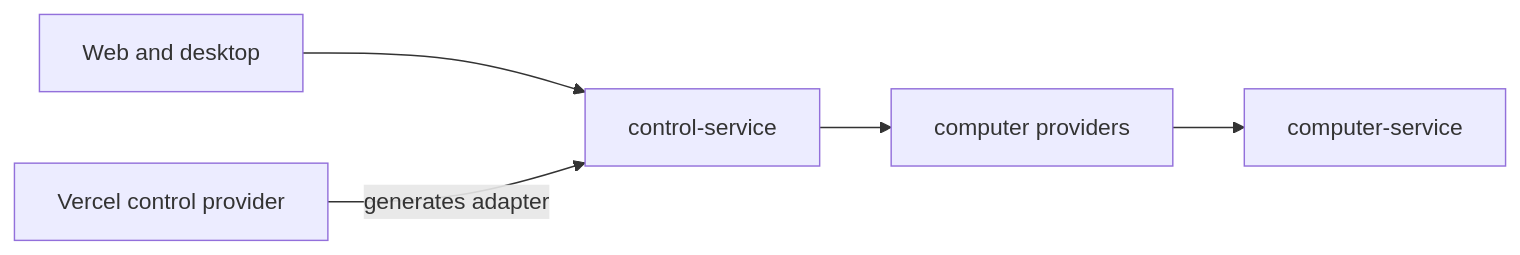
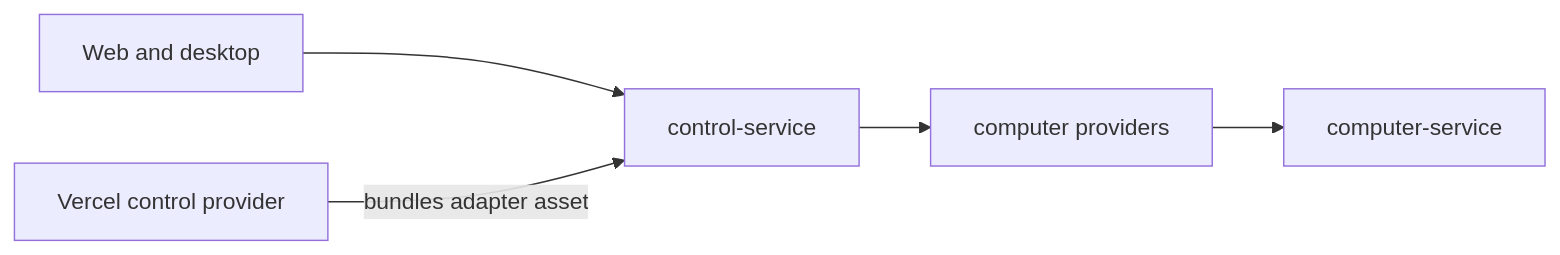
Before and after one commit to trytilde/dispatch: the diagram in docs/adrs/0009-service-names-and-single-computer-api.md, drawn with Mermaid. The commit also changed other lines of this file and 45 other files, not shown here.

````diff
--- a/docs/adrs/0009-service-names-and-single-computer-api.md
+++ b/docs/adrs/0009-service-names-and-single-computer-api.md
@@ -34,7 +34,7 @@
 ```mermaid
 flowchart LR
   U["Web and desktop"] --> C["control-service"]
   C --> P["computer providers"]
   P --> S["computer-service"]
-  V["Vercel control provider"] -->|"generates adapter"| C
+  V["Vercel control provider"] -->|"bundles adapter asset"| C
 ```
````
